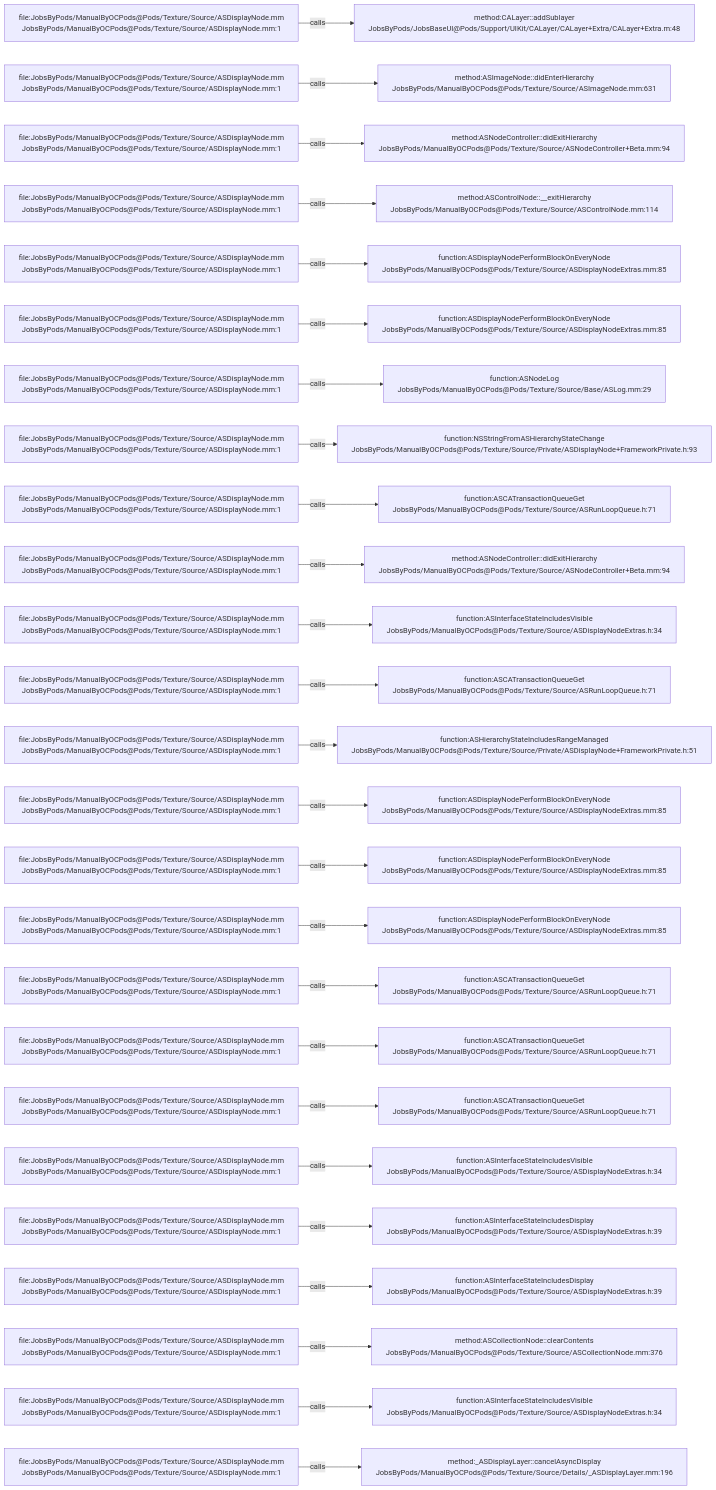
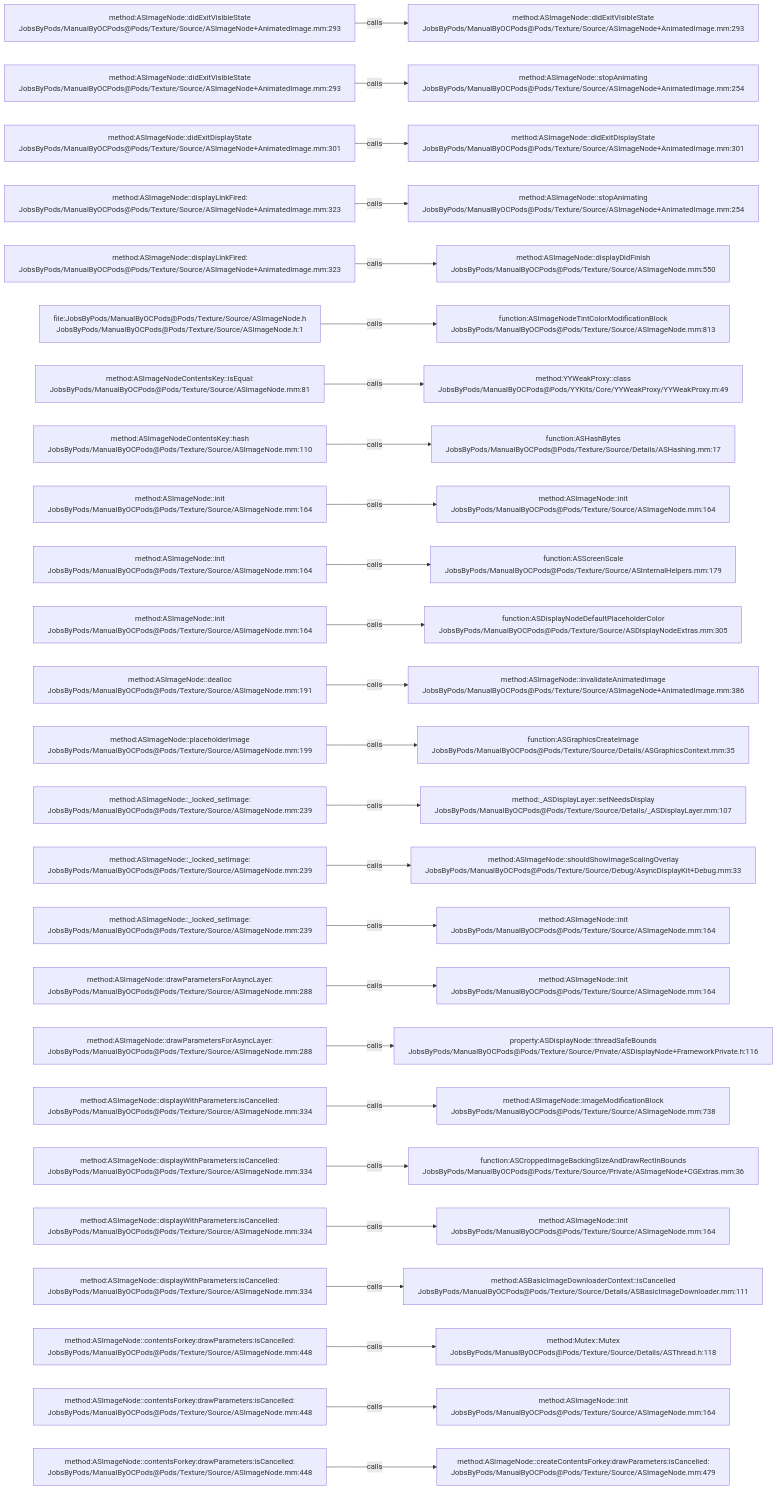
Before and after one commit to JobsKits/JobsOCBaseConfigDemo: the diagram in .codegraph/codegraph.md/graphs/calls-094.md, drawn with Mermaid. The commit also changed 2723 other files, not shown here.

````diff
--- a/.codegraph/codegraph.md/graphs/calls-094.md
+++ b/.codegraph/codegraph.md/graphs/calls-094.md
@@ -13,78 +13,78 @@
 ```mermaid
 flowchart LR
-  S1["file:JobsByPods/ManualByOCPods@Pods/Texture/Source/ASDisplayNode.mm<br/>JobsByPods/ManualByOCPods@Pods/Texture/Source/ASDisplayNode.mm:1"]
-  T1["method:CALayer::addSublayer<br/>JobsByPods/JobsBaseUI@Pods/Support/UIKit/CALayer/CALayer+Extra/CALayer+Extra.m:48"]
+  S1["method:ASImageNode::didExitVisibleState<br/>JobsByPods/ManualByOCPods@Pods/Texture/Source/ASImageNode+AnimatedImage.mm:293"]
+  T1["method:ASImageNode::didExitVisibleState<br/>JobsByPods/ManualByOCPods@Pods/Texture/Source/ASImageNode+AnimatedImage.mm:293"]
   S1 -->|calls| T1
-  S2["file:JobsByPods/ManualByOCPods@Pods/Texture/Source/ASDisplayNode.mm<br/>JobsByPods/ManualByOCPods@Pods/Texture/Source/ASDisplayNode.mm:1"]
-  T2["method:ASImageNode::didEnterHierarchy<br/>JobsByPods/ManualByOCPods@Pods/Texture/Source/ASImageNode.mm:631"]
+  S2["method:ASImageNode::didExitVisibleState<br/>JobsByPods/ManualByOCPods@Pods/Texture/Source/ASImageNode+AnimatedImage.mm:293"]
+  T2["method:ASImageNode::stopAnimating<br/>JobsByPods/ManualByOCPods@Pods/Texture/Source/ASImageNode+AnimatedImage.mm:254"]
   S2 -->|calls| T2
-  S3["file:JobsByPods/ManualByOCPods@Pods/Texture/Source/ASDisplayNode.mm<br/>JobsByPods/ManualByOCPods@Pods/Texture/Source/ASDisplayNode.mm:1"]
-  T3["method:ASNodeController::didExitHierarchy<br/>JobsByPods/ManualByOCPods@Pods/Texture/Source/ASNodeController+Beta.mm:94"]
+  S3["method:ASImageNode::didExitDisplayState<br/>JobsByPods/ManualByOCPods@Pods/Texture/Source/ASImageNode+AnimatedImage.mm:301"]
+  T3["method:ASImageNode::didExitDisplayState<br/>JobsByPods/ManualByOCPods@Pods/Texture/Source/ASImageNode+AnimatedImage.mm:301"]
   S3 -->|calls| T3
-  S4["file:JobsByPods/ManualByOCPods@Pods/Texture/Source/ASDisplayNode.mm<br/>JobsByPods/ManualByOCPods@Pods/Texture/Source/ASDisplayNode.mm:1"]
-  T4["method:ASControlNode::__exitHierarchy<br/>JobsByPods/ManualByOCPods@Pods/Texture/Source/ASControlNode.mm:114"]
+  S4["method:ASImageNode::displayLinkFired:<br/>JobsByPods/ManualByOCPods@Pods/Texture/Source/ASImageNode+AnimatedImage.mm:323"]
+  T4["method:ASImageNode::stopAnimating<br/>JobsByPods/ManualByOCPods@Pods/Texture/Source/ASImageNode+AnimatedImage.mm:254"]
   S4 -->|calls| T4
-  S5["file:JobsByPods/ManualByOCPods@Pods/Texture/Source/ASDisplayNode.mm<br/>JobsByPods/ManualByOCPods@Pods/Texture/Source/ASDisplayNode.mm:1"]
-  T5["function:ASDisplayNodePerformBlockOnEveryNode<br/>JobsByPods/ManualByOCPods@Pods/Texture/Source/ASDisplayNodeExtras.mm:85"]
+  S5["method:ASImageNode::displayLinkFired:<br/>JobsByPods/ManualByOCPods@Pods/Texture/Source/ASImageNode+AnimatedImage.mm:323"]
+  T5["method:ASImageNode::displayDidFinish<br/>JobsByPods/ManualByOCPods@Pods/Texture/Source/ASImageNode.mm:550"]
   S5 -->|calls| T5
-  S6["file:JobsByPods/ManualByOCPods@Pods/Texture/Source/ASDisplayNode.mm<br/>JobsByPods/ManualByOCPods@Pods/Texture/Source/ASDisplayNode.mm:1"]
-  T6["function:ASDisplayNodePerformBlockOnEveryNode<br/>JobsByPods/ManualByOCPods@Pods/Texture/Source/ASDisplayNodeExtras.mm:85"]
+  S6["file:JobsByPods/ManualByOCPods@Pods/Texture/Source/ASImageNode.h<br/>JobsByPods/ManualByOCPods@Pods/Texture/Source/ASImageNode.h:1"]
+  T6["function:ASImageNodeTintColorModificationBlock<br/>JobsByPods/ManualByOCPods@Pods/Texture/Source/ASImageNode.mm:813"]
   S6 -->|calls| T6
-  S7["file:JobsByPods/ManualByOCPods@Pods/Texture/Source/ASDisplayNode.mm<br/>JobsByPods/ManualByOCPods@Pods/Texture/Source/ASDisplayNode.mm:1"]
-  T7["function:ASNodeLog<br/>JobsByPods/ManualByOCPods@Pods/Texture/Source/Base/ASLog.mm:29"]
+  S7["method:ASImageNodeContentsKey::isEqual:<br/>JobsByPods/ManualByOCPods@Pods/Texture/Source/ASImageNode.mm:81"]
+  T7["method:YYWeakProxy::class<br/>JobsByPods/ManualByOCPods@Pods/YYKits/Core/YYWeakProxy/YYWeakProxy.m:49"]
   S7 -->|calls| T7
-  S8["file:JobsByPods/ManualByOCPods@Pods/Texture/Source/ASDisplayNode.mm<br/>JobsByPods/ManualByOCPods@Pods/Texture/Source/ASDisplayNode.mm:1"]
-  T8["function:NSStringFromASHierarchyStateChange<br/>JobsByPods/ManualByOCPods@Pods/Texture/Source/Private/ASDisplayNode+FrameworkPrivate.h:93"]
+  S8["method:ASImageNodeContentsKey::hash<br/>JobsByPods/ManualByOCPods@Pods/Texture/Source/ASImageNode.mm:110"]
+  T8["function:ASHashBytes<br/>JobsByPods/ManualByOCPods@Pods/Texture/Source/Details/ASHashing.mm:17"]
   S8 -->|calls| T8
-  S9["file:JobsByPods/ManualByOCPods@Pods/Texture/Source/ASDisplayNode.mm<br/>JobsByPods/ManualByOCPods@Pods/Texture/Source/ASDisplayNode.mm:1"]
-  T9["function:ASCATransactionQueueGet<br/>JobsByPods/ManualByOCPods@Pods/Texture/Source/ASRunLoopQueue.h:71"]
+  S9["method:ASImageNode::init<br/>JobsByPods/ManualByOCPods@Pods/Texture/Source/ASImageNode.mm:164"]
+  T9["method:ASImageNode::init<br/>JobsByPods/ManualByOCPods@Pods/Texture/Source/ASImageNode.mm:164"]
   S9 -->|calls| T9
-  S10["file:JobsByPods/ManualByOCPods@Pods/Texture/Source/ASDisplayNode.mm<br/>JobsByPods/ManualByOCPods@Pods/Texture/Source/ASDisplayNode.mm:1"]
-  T10["method:ASNodeController::didExitHierarchy<br/>JobsByPods/ManualByOCPods@Pods/Texture/Source/ASNodeController+Beta.mm:94"]
+  S10["method:ASImageNode::init<br/>JobsByPods/ManualByOCPods@Pods/Texture/Source/ASImageNode.mm:164"]
+  T10["function:ASScreenScale<br/>JobsByPods/ManualByOCPods@Pods/Texture/Source/ASInternalHelpers.mm:179"]
   S10 -->|calls| T10
-  S11["file:JobsByPods/ManualByOCPods@Pods/Texture/Source/ASDisplayNode.mm<br/>JobsByPods/ManualByOCPods@Pods/Texture/Source/ASDisplayNode.mm:1"]
-  T11["function:ASInterfaceStateIncludesVisible<br/>JobsByPods/ManualByOCPods@Pods/Texture/Source/ASDisplayNodeExtras.h:34"]
+  S11["method:ASImageNode::init<br/>JobsByPods/ManualByOCPods@Pods/Texture/Source/ASImageNode.mm:164"]
+  T11["function:ASDisplayNodeDefaultPlaceholderColor<br/>JobsByPods/ManualByOCPods@Pods/Texture/Source/ASDisplayNodeExtras.mm:305"]
   S11 -->|calls| T11
-  S12["file:JobsByPods/ManualByOCPods@Pods/Texture/Source/ASDisplayNode.mm<br/>JobsByPods/ManualByOCPods@Pods/Texture/Source/ASDisplayNode.mm:1"]
-  T12["function:ASCATransactionQueueGet<br/>JobsByPods/ManualByOCPods@Pods/Texture/Source/ASRunLoopQueue.h:71"]
+  S12["method:ASImageNode::dealloc<br/>JobsByPods/ManualByOCPods@Pods/Texture/Source/ASImageNode.mm:191"]
+  T12["method:ASImageNode::invalidateAnimatedImage<br/>JobsByPods/ManualByOCPods@Pods/Texture/Source/ASImageNode+AnimatedImage.mm:386"]
   S12 -->|calls| T12
-  S13["file:JobsByPods/ManualByOCPods@Pods/Texture/Source/ASDisplayNode.mm<br/>JobsByPods/ManualByOCPods@Pods/Texture/Source/ASDisplayNode.mm:1"]
-  T13["function:ASHierarchyStateIncludesRangeManaged<br/>JobsByPods/ManualByOCPods@Pods/Texture/Source/Private/ASDisplayNode+FrameworkPrivate.h:51"]
+  S13["method:ASImageNode::placeholderImage<br/>JobsByPods/ManualByOCPods@Pods/Texture/Source/ASImageNode.mm:199"]
+  T13["function:ASGraphicsCreateImage<br/>JobsByPods/ManualByOCPods@Pods/Texture/Source/Details/ASGraphicsContext.mm:35"]
   S13 -->|calls| T13
-  S14["file:JobsByPods/ManualByOCPods@Pods/Texture/Source/ASDisplayNode.mm<br/>JobsByPods/ManualByOCPods@Pods/Texture/Source/ASDisplayNode.mm:1"]
-  T14["function:ASDisplayNodePerformBlockOnEveryNode<br/>JobsByPods/ManualByOCPods@Pods/Texture/Source/ASDisplayNodeExtras.mm:85"]
+  S14["method:ASImageNode::_locked_setImage:<br/>JobsByPods/ManualByOCPods@Pods/Texture/Source/ASImageNode.mm:239"]
+  T14["method:_ASDisplayLayer::setNeedsDisplay<br/>JobsByPods/ManualByOCPods@Pods/Texture/Source/Details/_ASDisplayLayer.mm:107"]
   S14 -->|calls| T14
-  S15["file:JobsByPods/ManualByOCPods@Pods/Texture/Source/ASDisplayNode.mm<br/>JobsByPods/ManualByOCPods@Pods/Texture/Source/ASDisplayNode.mm:1"]
-  T15["function:ASDisplayNodePerformBlockOnEveryNode<br/>JobsByPods/ManualByOCPods@Pods/Texture/Source/ASDisplayNodeExtras.mm:85"]
+  S15["method:ASImageNode::_locked_setImage:<br/>JobsByPods/ManualByOCPods@Pods/Texture/Source/ASImageNode.mm:239"]
+  T15["method:ASImageNode::shouldShowImageScalingOverlay<br/>JobsByPods/ManualByOCPods@Pods/Texture/Source/Debug/AsyncDisplayKit+Debug.mm:33"]
   S15 -->|calls| T15
-  S16["file:JobsByPods/ManualByOCPods@Pods/Texture/Source/ASDisplayNode.mm<br/>JobsByPods/ManualByOCPods@Pods/Texture/Source/ASDisplayNode.mm:1"]
-  T16["function:ASDisplayNodePerformBlockOnEveryNode<br/>JobsByPods/ManualByOCPods@Pods/Texture/Source/ASDisplayNodeExtras.mm:85"]
+  S16["method:ASImageNode::_locked_setImage:<br/>JobsByPods/ManualByOCPods@Pods/Texture/Source/ASImageNode.mm:239"]
+  T16["method:ASImageNode::init<br/>JobsByPods/ManualByOCPods@Pods/Texture/Source/ASImageNode.mm:164"]
   S16 -->|calls| T16
-  S17["file:JobsByPods/ManualByOCPods@Pods/Texture/Source/ASDisplayNode.mm<br/>JobsByPods/ManualByOCPods@Pods/Texture/Source/ASDisplayNode.mm:1"]
-  T17["function:ASCATransactionQueueGet<br/>JobsByPods/ManualByOCPods@Pods/Texture/Source/ASRunLoopQueue.h:71"]
+  S17["method:ASImageNode::drawParametersForAsyncLayer:<br/>JobsByPods/ManualByOCPods@Pods/Texture/Source/ASImageNode.mm:288"]
+  T17["method:ASImageNode::init<br/>JobsByPods/ManualByOCPods@Pods/Texture/Source/ASImageNode.mm:164"]
   S17 -->|calls| T17
-  S18["file:JobsByPods/ManualByOCPods@Pods/Texture/Source/ASDisplayNode.mm<br/>JobsByPods/ManualByOCPods@Pods/Texture/Source/ASDisplayNode.mm:1"]
-  T18["function:ASCATransactionQueueGet<br/>JobsByPods/ManualByOCPods@Pods/Texture/Source/ASRunLoopQueue.h:71"]
+  S18["method:ASImageNode::drawParametersForAsyncLayer:<br/>JobsByPods/ManualByOCPods@Pods/Texture/Source/ASImageNode.mm:288"]
+  T18["property:ASDisplayNode::threadSafeBounds<br/>JobsByPods/ManualByOCPods@Pods/Texture/Source/Private/ASDisplayNode+FrameworkPrivate.h:116"]
   S18 -->|calls| T18
-  S19["file:JobsByPods/ManualByOCPods@Pods/Texture/Source/ASDisplayNode.mm<br/>JobsByPods/ManualByOCPods@Pods/Texture/Source/ASDisplayNode.mm:1"]
-  T19["function:ASCATransactionQueueGet<br/>JobsByPods/ManualByOCPods@Pods/Texture/Source/ASRunLoopQueue.h:71"]
+  S19["method:ASImageNode::displayWithParameters:isCancelled:<br/>JobsByPods/ManualByOCPods@Pods/Texture/Source/ASImageNode.mm:334"]
+  T19["method:ASImageNode::imageModificationBlock<br/>JobsByPods/ManualByOCPods@Pods/Texture/Source/ASImageNode.mm:738"]
   S19 -->|calls| T19
-  S20["file:JobsByPods/ManualByOCPods@Pods/Texture/Source/ASDisplayNode.mm<br/>JobsByPods/ManualByOCPods@Pods/Texture/Source/ASDisplayNode.mm:1"]
-  T20["function:ASInterfaceStateIncludesVisible<br/>JobsByPods/ManualByOCPods@Pods/Texture/Source/ASDisplayNodeExtras.h:34"]
+  S20["method:ASImageNode::displayWithParameters:isCancelled:<br/>JobsByPods/ManualByOCPods@Pods/Texture/Source/ASImageNode.mm:334"]
+  T20["function:ASCroppedImageBackingSizeAndDrawRectInBounds<br/>JobsByPods/ManualByOCPods@Pods/Texture/Source/Private/ASImageNode+CGExtras.mm:36"]
   S20 -->|calls| T20
-  S21["file:JobsByPods/ManualByOCPods@Pods/Texture/Source/ASDisplayNode.mm<br/>JobsByPods/ManualByOCPods@Pods/Texture/Source/ASDisplayNode.mm:1"]
-  T21["function:ASInterfaceStateIncludesDisplay<br/>JobsByPods/ManualByOCPods@Pods/Texture/Source/ASDisplayNodeExtras.h:39"]
+  S21["method:ASImageNode::displayWithParameters:isCancelled:<br/>JobsByPods/ManualByOCPods@Pods/Texture/Source/ASImageNode.mm:334"]
+  T21["method:ASImageNode::init<br/>JobsByPods/ManualByOCPods@Pods/Texture/Source/ASImageNode.mm:164"]
   S21 -->|calls| T21
-  S22["file:JobsByPods/ManualByOCPods@Pods/Texture/Source/ASDisplayNode.mm<br/>JobsByPods/ManualByOCPods@Pods/Texture/Source/ASDisplayNode.mm:1"]
-  T22["function:ASInterfaceStateIncludesDisplay<br/>JobsByPods/ManualByOCPods@Pods/Texture/Source/ASDisplayNodeExtras.h:39"]
+  S22["method:ASImageNode::displayWithParameters:isCancelled:<br/>JobsByPods/ManualByOCPods@Pods/Texture/Source/ASImageNode.mm:334"]
+  T22["method:ASBasicImageDownloaderContext::isCancelled<br/>JobsByPods/ManualByOCPods@Pods/Texture/Source/Details/ASBasicImageDownloader.mm:111"]
   S22 -->|calls| T22
-  S23["file:JobsByPods/ManualByOCPods@Pods/Texture/Source/ASDisplayNode.mm<br/>JobsByPods/ManualByOCPods@Pods/Texture/Source/ASDisplayNode.mm:1"]
-  T23["method:ASCollectionNode::clearContents<br/>JobsByPods/ManualByOCPods@Pods/Texture/Source/ASCollectionNode.mm:376"]
+  S23["method:ASImageNode::contentsForkey:drawParameters:isCancelled:<br/>JobsByPods/ManualByOCPods@Pods/Texture/Source/ASImageNode.mm:448"]
+  T23["method:Mutex::Mutex<br/>JobsByPods/ManualByOCPods@Pods/Texture/Source/Details/ASThread.h:118"]
   S23 -->|calls| T23
-  S24["file:JobsByPods/ManualByOCPods@Pods/Texture/Source/ASDisplayNode.mm<br/>JobsByPods/ManualByOCPods@Pods/Texture/Source/ASDisplayNode.mm:1"]
-  T24["function:ASInterfaceStateIncludesVisible<br/>JobsByPods/ManualByOCPods@Pods/Texture/Source/ASDisplayNodeExtras.h:34"]
+  S24["method:ASImageNode::contentsForkey:drawParameters:isCancelled:<br/>JobsByPods/ManualByOCPods@Pods/Texture/Source/ASImageNode.mm:448"]
+  T24["method:ASImageNode::init<br/>JobsByPods/ManualByOCPods@Pods/Texture/Source/ASImageNode.mm:164"]
   S24 -->|calls| T24
-  S25["file:JobsByPods/ManualByOCPods@Pods/Texture/Source/ASDisplayNode.mm<br/>JobsByPods/ManualByOCPods@Pods/Texture/Source/ASDisplayNode.mm:1"]
-  T25["method:_ASDisplayLayer::cancelAsyncDisplay<br/>JobsByPods/ManualByOCPods@Pods/Texture/Source/Details/_ASDisplayLayer.mm:196"]
+  S25["method:ASImageNode::contentsForkey:drawParameters:isCancelled:<br/>JobsByPods/ManualByOCPods@Pods/Texture/Source/ASImageNode.mm:448"]
+  T25["method:ASImageNode::createContentsForkey:drawParameters:isCancelled:<br/>JobsByPods/ManualByOCPods@Pods/Texture/Source/ASImageNode.mm:479"]
   S25 -->|calls| T25
 ```
````
